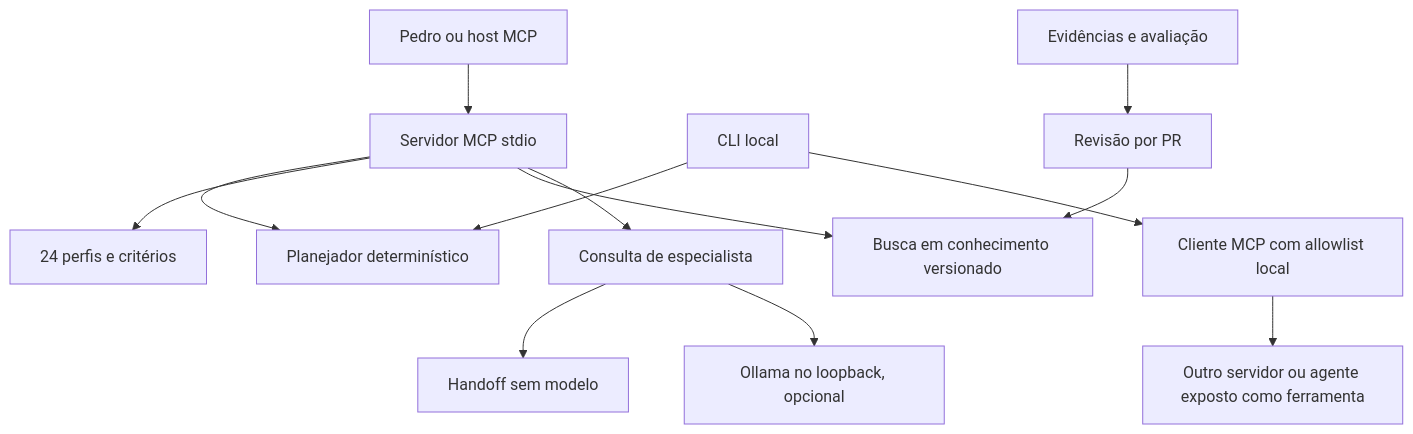
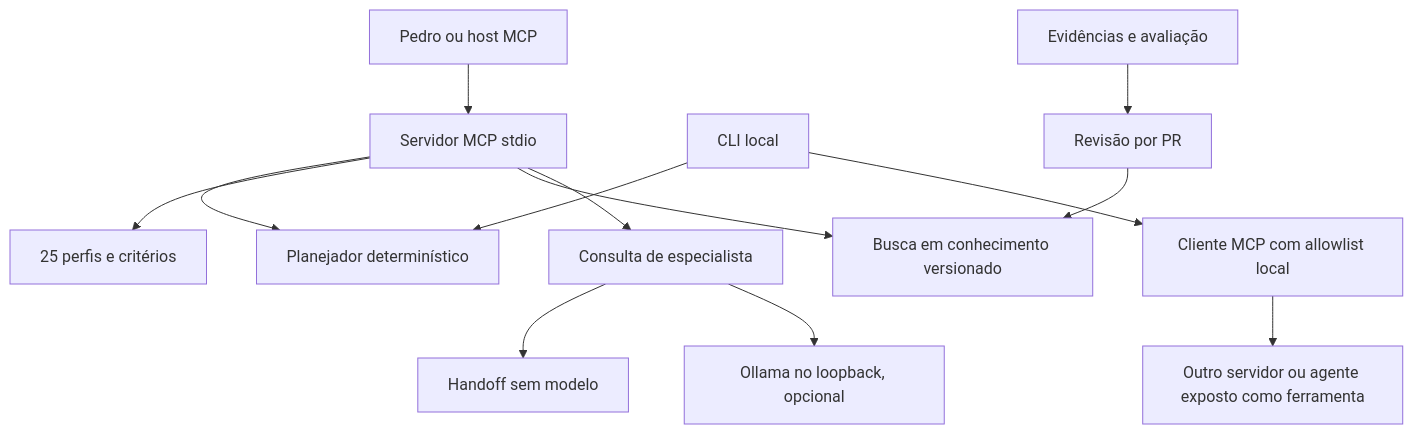
The diagram in docs/architecture.md (PHnsilva/sofiie-agents), drawn with Mermaid before and after one commit. The commit also changed 8 other files, not shown here.

````diff
--- a/docs/architecture.md
+++ b/docs/architecture.md
@@ -7,15 +7,15 @@
 ```mermaid
 flowchart TD
     Human[Pedro ou host MCP] --> Server[Servidor MCP stdio]
     CLI[CLI local] --> Planner[Planejador determinístico]
     Server --> Planner
-    Server --> Profiles[24 perfis e critérios]
+    Server --> Profiles[25 perfis e critérios]
     Server --> Knowledge[Busca em conhecimento versionado]
     Server --> Provider[Consulta de especialista]
     Provider --> Handoff[Handoff sem modelo]
     Provider --> Ollama[Ollama no loopback, opcional]
     CLI --> Peer[Cliente MCP com allowlist local]
     Peer --> Other[Outro servidor ou agente exposto como ferramenta]
     Evidence[Evidências e avaliação] --> PR[Revisão por PR]
     PR --> Knowledge
 ```
````
